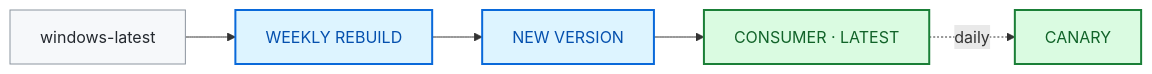
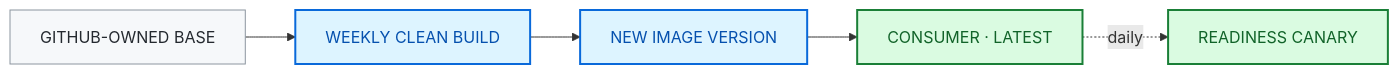
One commit to tsvi-solutions/custom_images_examples changed the third of 3 diagrams in README.md. Above: the diagram before and after it, drawn with Mermaid. The commit also changed other lines of this file, not shown here.

````diff
--- a/README.md
+++ b/README.md
@@ -251,14 +286,14 @@
 ```mermaid
 flowchart LR
-    Base["windows-latest"] --> Build["WEEKLY REBUILD"]
-    Build --> Version["NEW VERSION"]
-    Version --> Runner["CONSUMER · LATEST"]
-    Runner -. daily .-> Canary["CANARY"]
+    Base["GITHUB-OWNED BASE"] --> Build["WEEKLY CLEAN BUILD"]
+    Build --> Latest["NEW IMAGE VERSION"]
+    Latest --> Runner["CONSUMER · LATEST"]
+    Runner -. daily .-> Canary["READINESS CANARY"]
 
     classDef base fill:#f6f8fa,color:#24292f,stroke:#8c959f
     classDef image fill:#ddf4ff,color:#0550ae,stroke:#0969da,stroke-width:2px
     classDef healthy fill:#dafbe1,color:#116329,stroke:#1a7f37,stroke-width:2px
     class Base base
-    class Build,Version image
+    class Build,Latest image
     class Runner,Canary healthy
 ```
````
